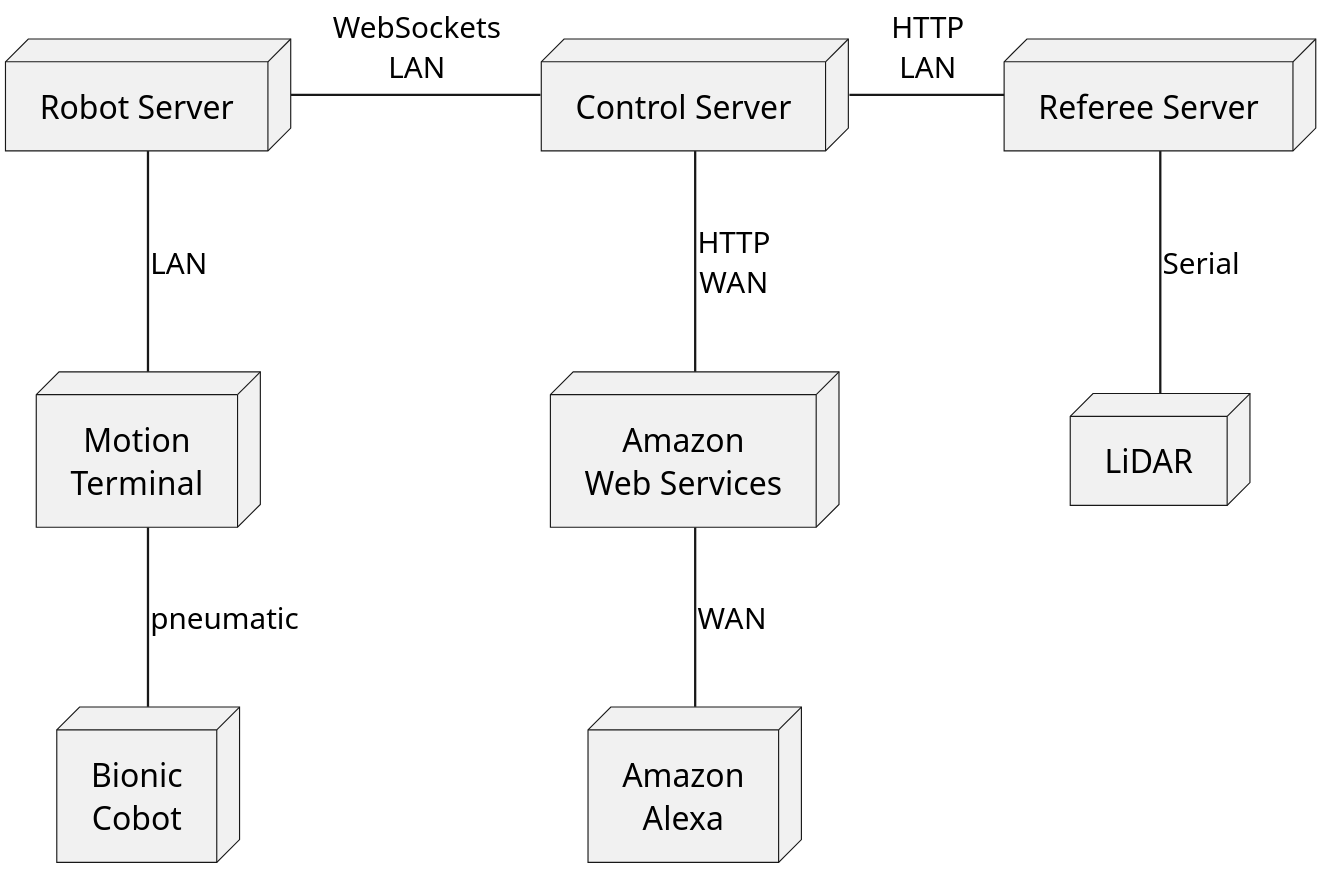
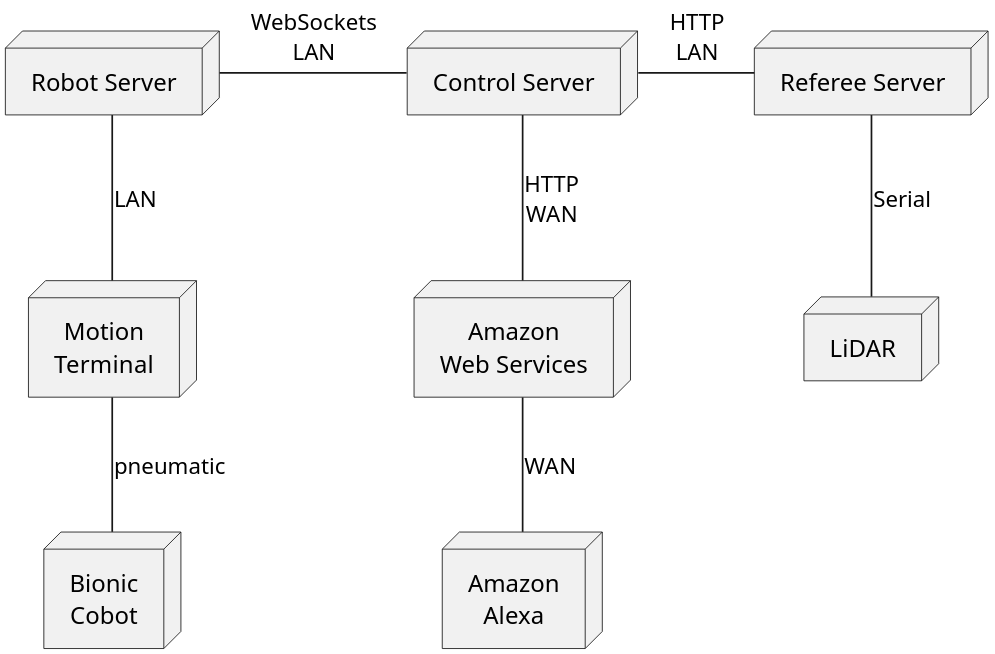
Before and after one commit to anoff/ric: the diagram in assets/deployment.iuml, drawn with PlantUML. The commit also changed 1 other file, not shown here.

```diff
--- a/assets/deployment.iuml
+++ b/assets/deployment.iuml
@@ -1,26 +1,26 @@
 @startuml deployment
 skinparam monochrome true
 skinparam defaulttextalignment center
-scale 4
+scale 3
 
 node "Bionic\nCobot" as robot
 node "Motion\nTerminal" as vtem
 node "Robot Server" as ros
 
 node "Control Server" as cs
 node "Referee Server" as referee
 node "LiDAR" as lidar
 node "Amazon\nAlexa" as alexa
 node "Amazon\nWeb Services" as aws
 
 lidar -up- referee: Serial
 robot -up- vtem: pneumatic
 vtem -up- ros: LAN
 
 cs -down- aws: HTTP\nWAN
 alexa -up- aws: WAN
 
 cs -left- ros: WebSockets\nLAN
 cs - referee: HTTP\nLAN
 
 @enduml
```
